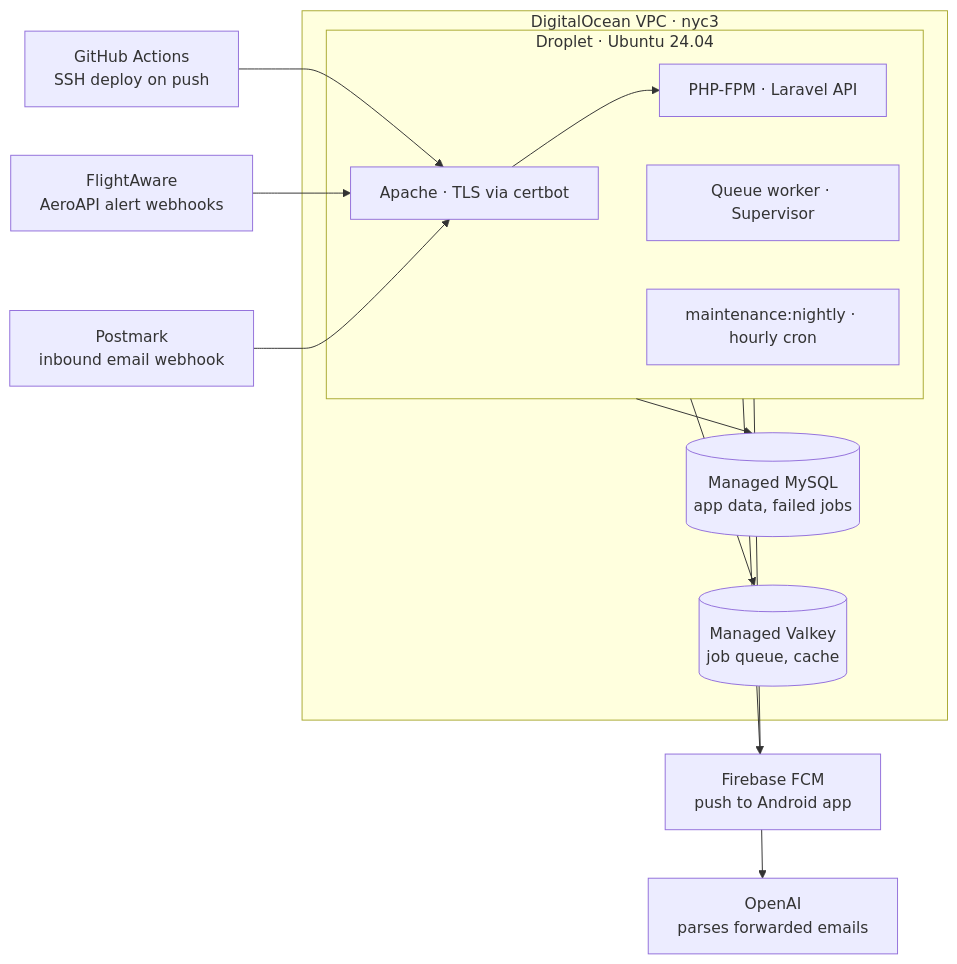
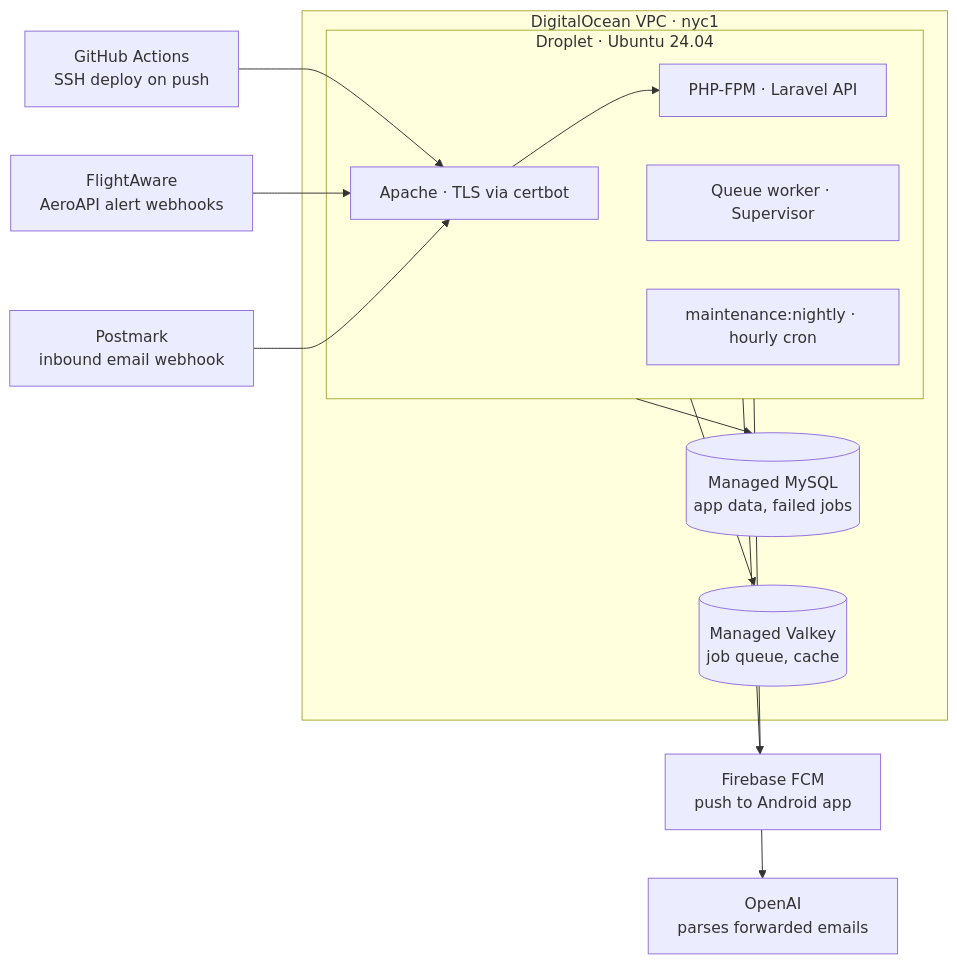
The first of 2 diagrams in docs/deployment-digitalocean.md (rmiller335/chippytrip-api), drawn with Mermaid before and after one commit. The commit also changed other lines of this file, not shown here.

First line of the commit message:
Document nyc1 and database access over WireGuard

````diff
--- a/docs/deployment-digitalocean.md
+++ b/docs/deployment-digitalocean.md
@@ -24,19 +24,19 @@
 ```mermaid
 flowchart LR
     GH[GitHub Actions<br/>SSH deploy on push] --> WEB
     FA[FlightAware<br/>AeroAPI alert webhooks] --> WEB
     PM[Postmark<br/>inbound email webhook] --> WEB
-    subgraph VPC[DigitalOcean VPC · nyc3]
+    subgraph VPC[DigitalOcean VPC · nyc1]
         subgraph DROPLET[Droplet · Ubuntu 24.04]
             WEB[Apache · TLS via certbot] --> PHP[PHP-FPM · Laravel API]
             WORKER[Queue worker · Supervisor]
             CRON[maintenance:nightly · hourly cron]
         end
         MYSQL[(Managed MySQL<br/>app data, failed jobs)]
         VALKEY[(Managed Valkey<br/>job queue, cache)]
     end
     DROPLET --> MYSQL
     DROPLET --> VALKEY
     DROPLET --> FCM[Firebase FCM<br/>push to Android app]
     DROPLET --> OAI[OpenAI<br/>parses forwarded emails]
 ```
````
